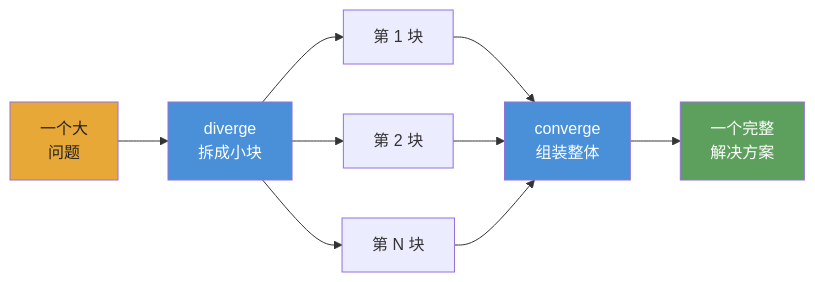
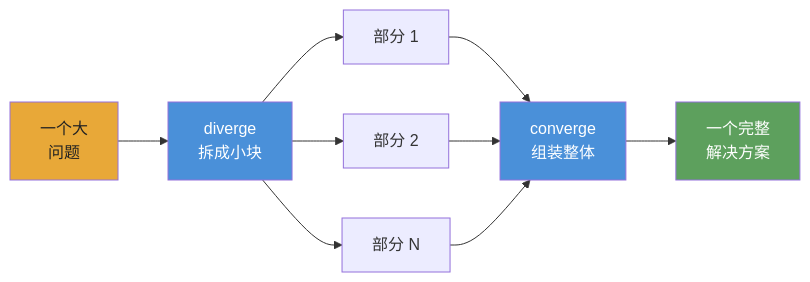
Before and after one commit to openplaybooks-dev/converge: the diagram in i18n/zh-CN/README.md, drawn with Mermaid. The commit also changed other lines of this file and 4 other files, not shown here.

````diff
--- a/i18n/zh-CN/README.md
+++ b/i18n/zh-CN/README.md
@@ -27,16 +103,16 @@
 ```mermaid
 graph LR
     A["一个大<br/>问题"] --> D["diverge<br/>拆成小块"]
-    D --> T1["第 1 块"]
-    D --> T2["第 2 块"]
-    D --> T3["第 N 块"]
+    D --> T1["部分 1"]
+    D --> T2["部分 2"]
+    D --> T3["部分 N"]
     T1 --> C["converge<br/>组装整体"]
     T2 --> C
     T3 --> C
     C --> R["一个完整<br/>解决方案"]
 
     style A fill:#E8A838,color:#222
     style R fill:#5DA05D,color:#fff
     style D fill:#4A90D9,color:#fff
     style C fill:#4A90D9,color:#fff
 ```
````
